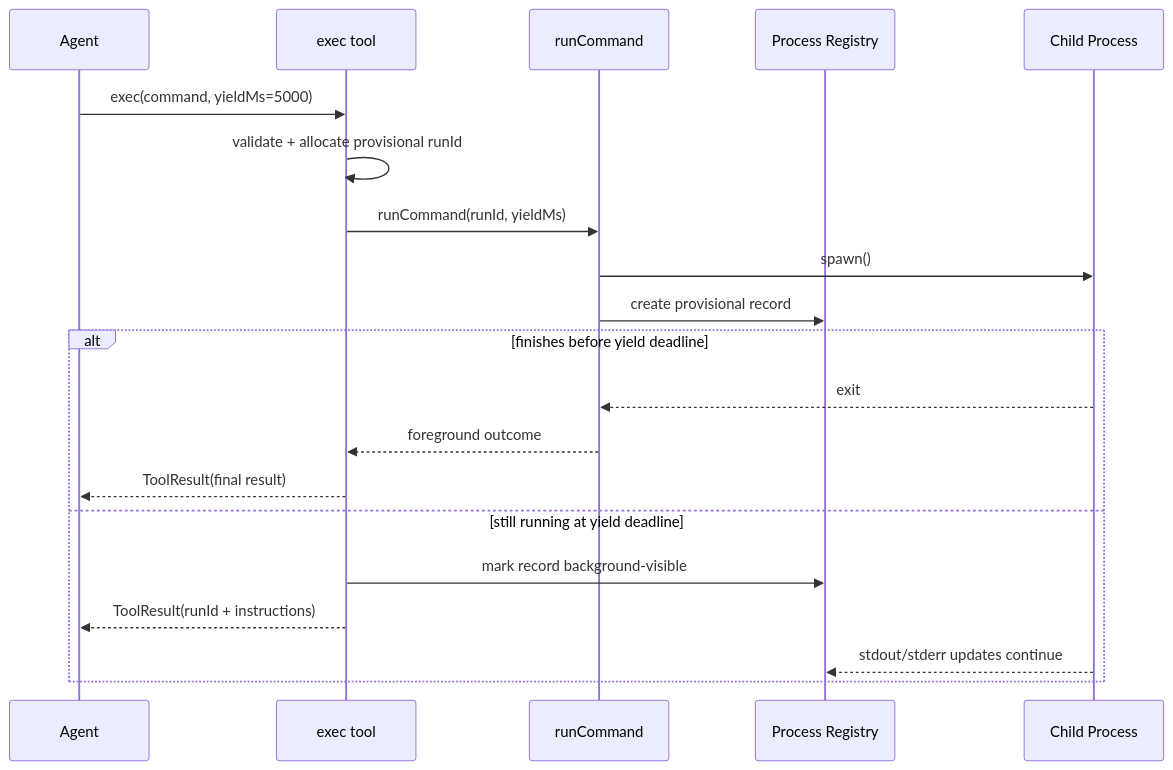
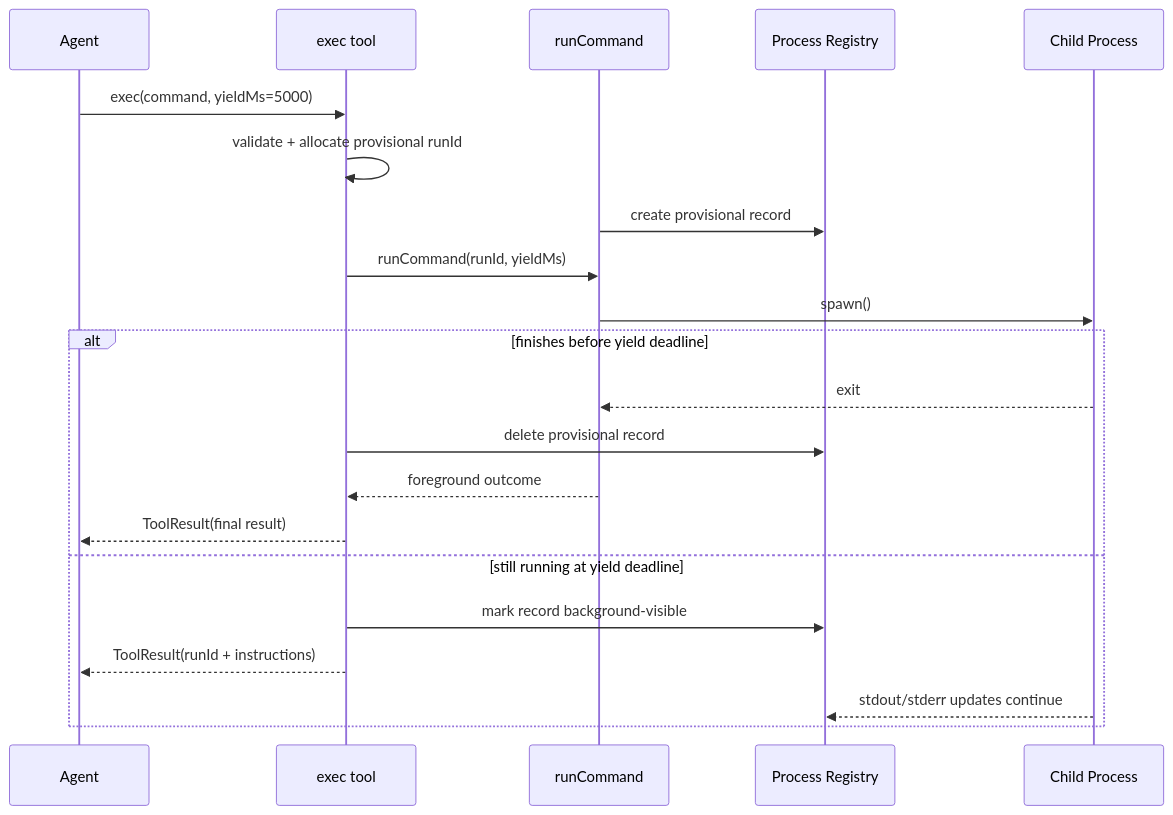
One commit to luciferwww/my-agent changed the fourth of 9 diagrams in docs/exec-process-flow-design.md. Above: the diagram before and after it, drawn with Mermaid. The commit also changed other lines of this file and 26 other files, not shown here.

````diff
--- a/docs/exec-process-flow-design.md
+++ b/docs/exec-process-flow-design.md
@@ -390,23 +693,24 @@
 ```mermaid
 sequenceDiagram
     participant A as Agent
     participant E as exec tool
     participant R as runCommand
     participant G as Process Registry
     participant P as Child Process
 
     A->>E: exec(command, yieldMs=5000)
     E->>E: validate + allocate provisional runId
+    R->>G: create provisional record
     E->>R: runCommand(runId, yieldMs)
     R->>P: spawn()
-    R->>G: create provisional record
     alt finishes before yield deadline
         P-->>R: exit
+      E->>G: delete provisional record
         R-->>E: foreground outcome
         E-->>A: ToolResult(final result)
     else still running at yield deadline
         E->>G: mark record background-visible
         E-->>A: ToolResult(runId + instructions)
         P-->>G: stdout/stderr updates continue
     end
 ```
````
